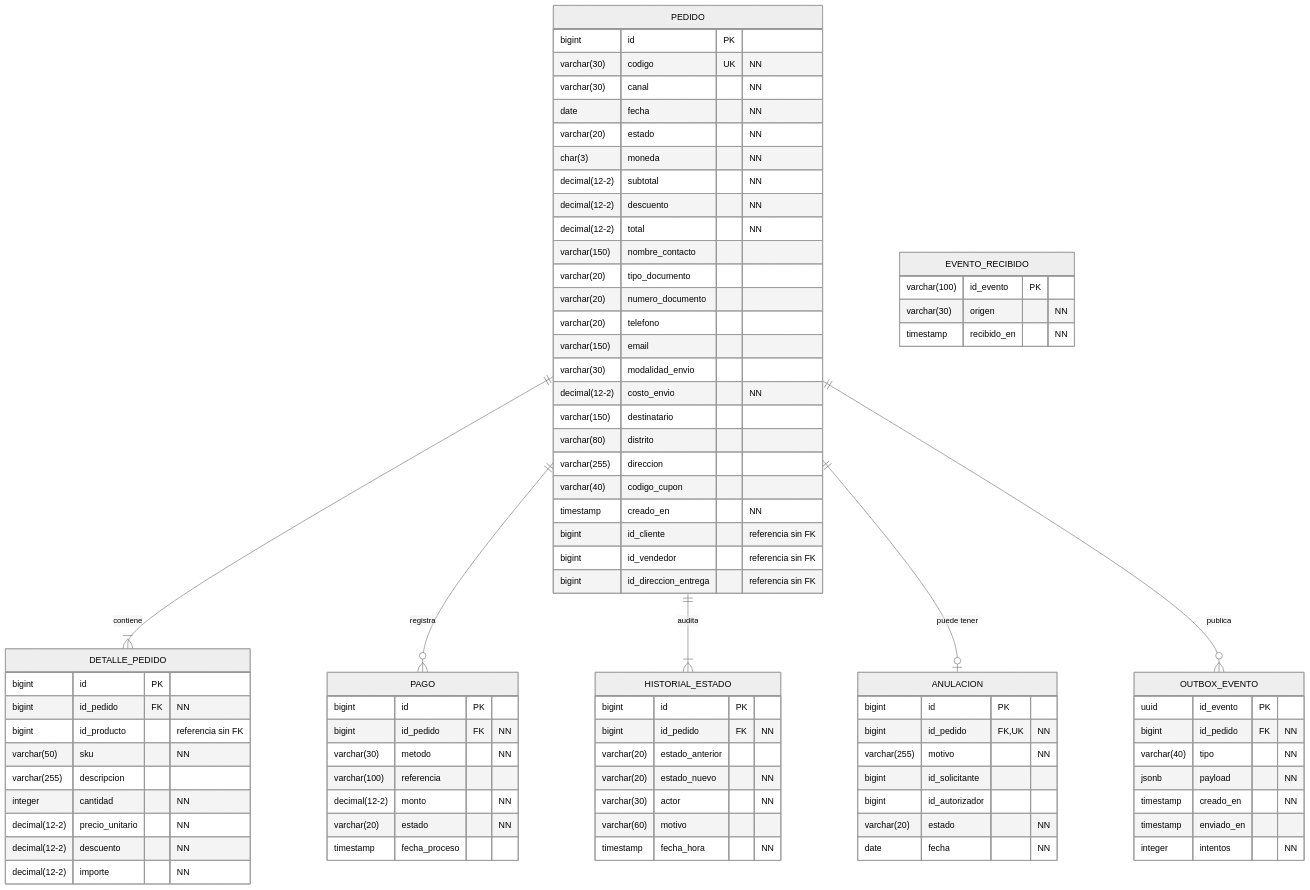
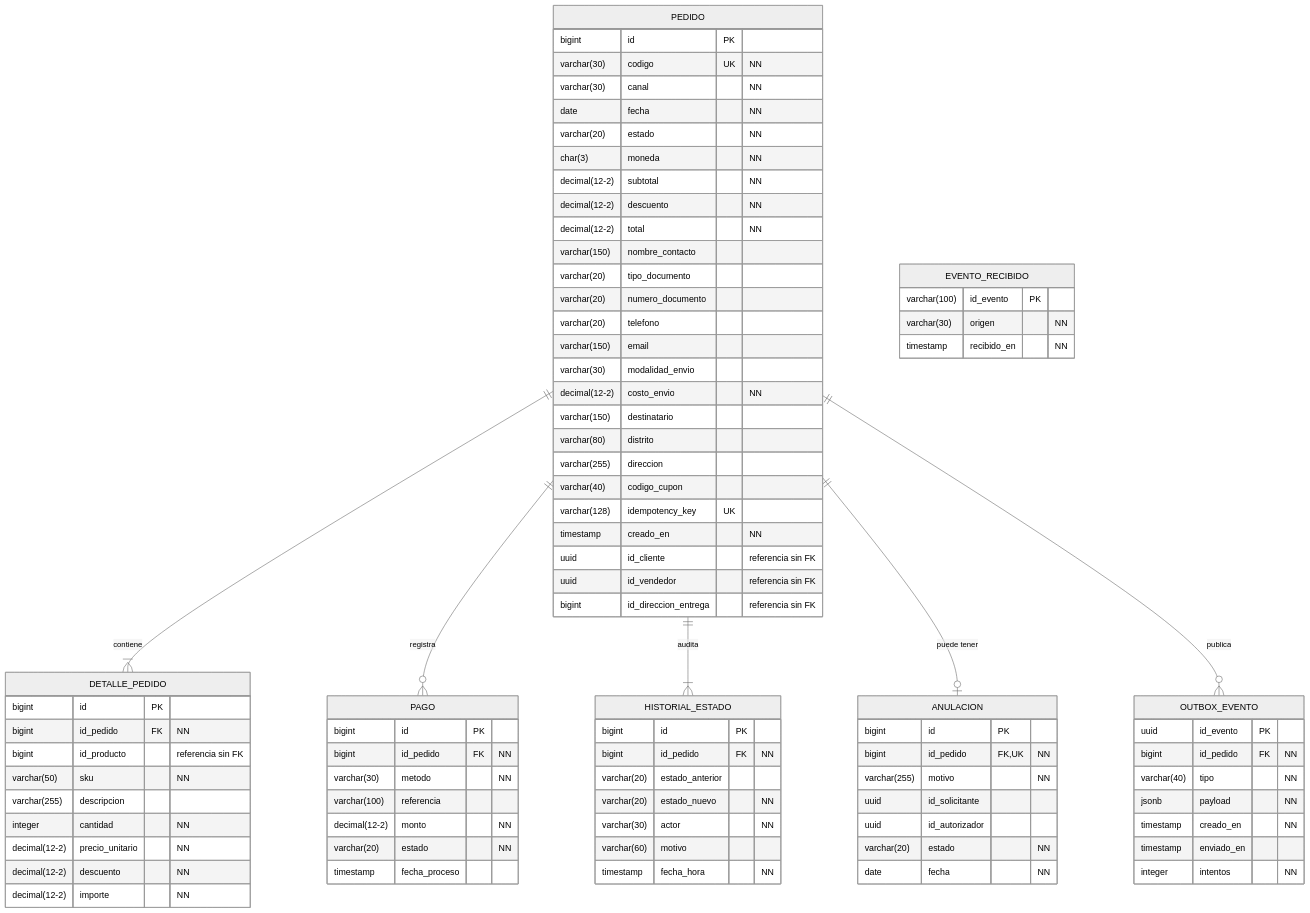
One commit to Taller-SW-Web/G5-Ventas-Postventas changed the first of 2 diagrams in diseno/diagramas/bd/diagrama-logico.md. Above: the diagram before and after it, drawn with Mermaid (neutral theme). The commit also changed other lines of this file and 11 other files, not shown here.

```diff
--- a/diseno/diagramas/bd/diagrama-logico.md
+++ b/diseno/diagramas/bd/diagrama-logico.md
@@ -41,9 +41,10 @@
         varchar(80) distrito
         varchar(255) direccion
         varchar(40) codigo_cupon
+        varchar(128) idempotency_key UK
         timestamp creado_en "NN"
-        bigint id_cliente "referencia sin FK"
-        bigint id_vendedor "referencia sin FK"
+        uuid id_cliente "referencia sin FK"
+        uuid id_vendedor "referencia sin FK"
         bigint id_direccion_entrega "referencia sin FK"
     }
     DETALLE_PEDIDO {
@@ -79,8 +80,8 @@
         bigint id PK
         bigint id_pedido FK,UK "NN"
         varchar(255) motivo "NN"
-        bigint id_solicitante
-        bigint id_autorizador
+        uuid id_solicitante
+        uuid id_autorizador
         varchar(20) estado "NN"
         date fecha "NN"
     }
```
